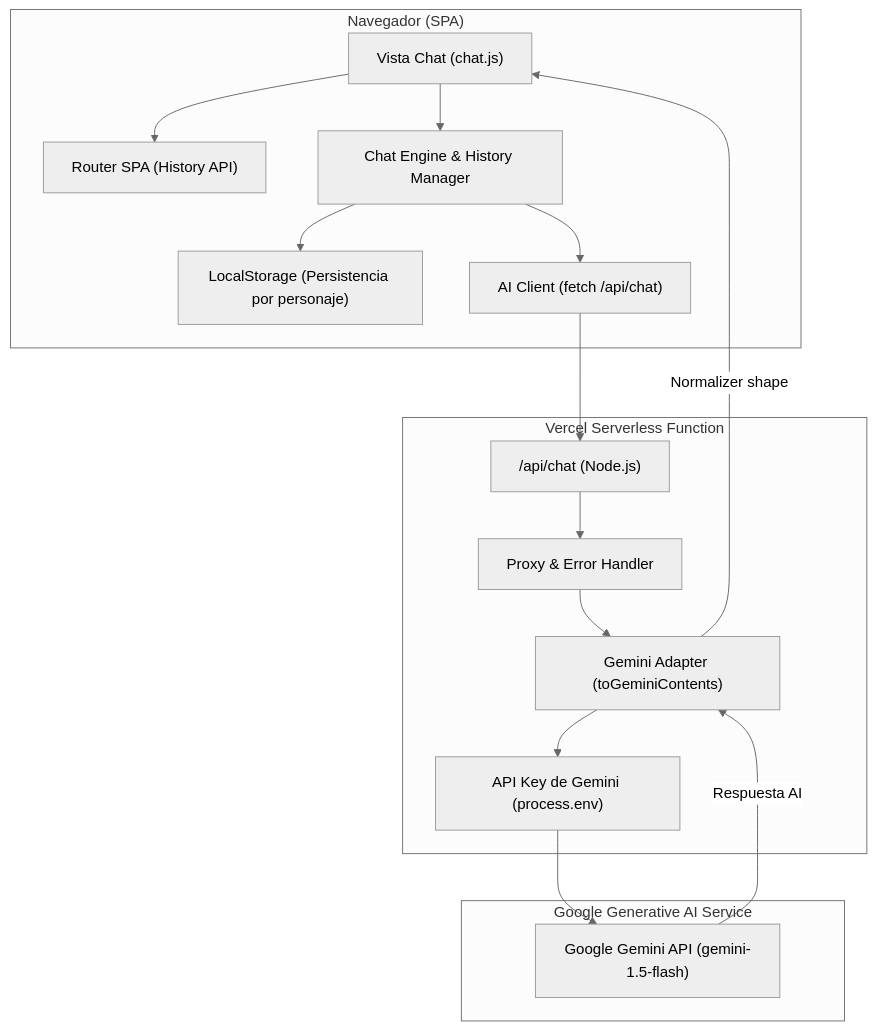
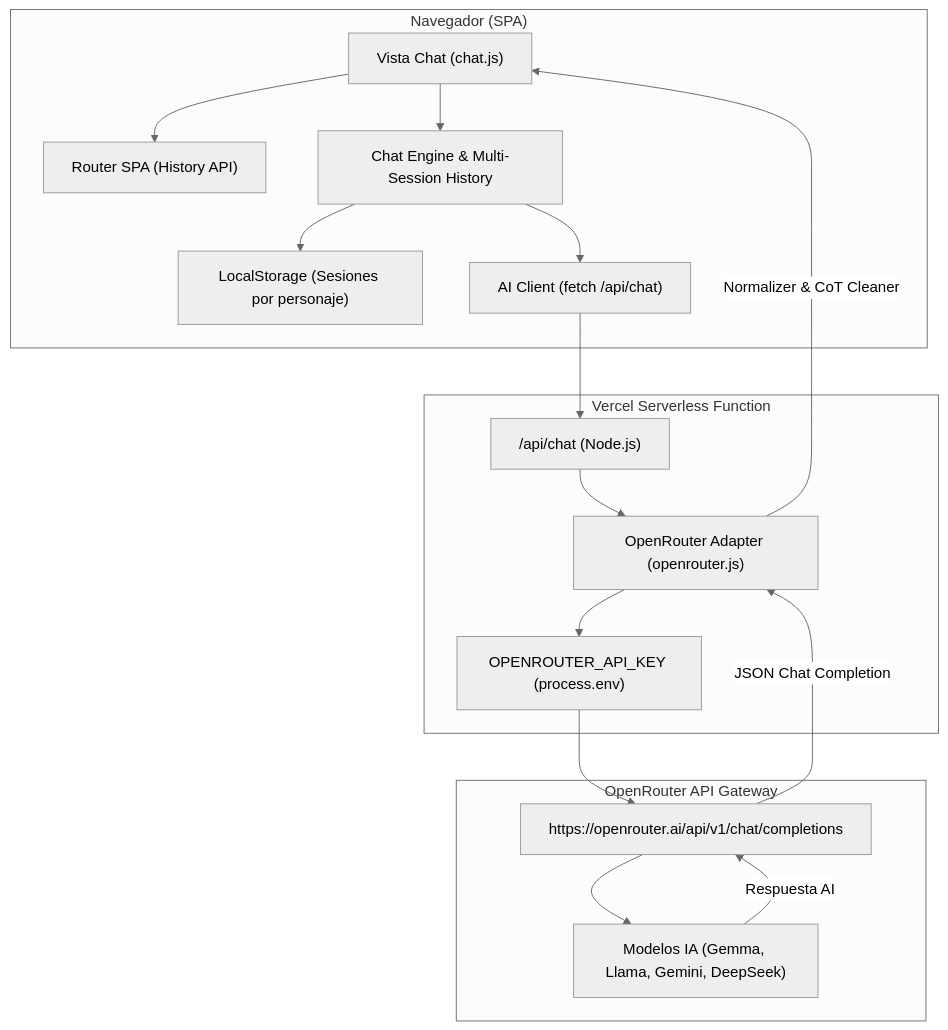
One commit to Stivenzbl/ProyectoM3-StivenZabala changed the diagram in README.md. Above: the diagram before and after it, drawn with Mermaid (neutral theme). The commit also changed other lines of this file and 3 other files, not shown here.

Commit message:
docs & refactor: re-align entire project and documentation to OpenRouter API Gateway

````diff
--- a/README.md
+++ b/README.md
@@ -77,23 +81,24 @@
 ```mermaid
 flowchart TD
     subgraph Frontend["Navegador (SPA)"]
         UI["Vista Chat (chat.js)"] --> Router["Router SPA (History API)"]
-        UI --> Engine["Chat Engine & History Manager"]
-        Engine --> LocalStorage["LocalStorage (Persistencia por personaje)"]
+        UI --> Engine["Chat Engine & Multi-Session History"]
+        Engine --> LocalStorage["LocalStorage (Sesiones por personaje)"]
         Engine --> Client["AI Client (fetch /api/chat)"]
     end
 
     subgraph Backend["Vercel Serverless Function"]
         Client --> API["/api/chat (Node.js)"]
-        API --> Proxy["Proxy & Error Handler"]
-        Proxy --> Adapter["Gemini Adapter (toGeminiContents)"]
-        Adapter --> Secret["API Key de Gemini (process.env)"]
+        API --> OpenRouterAdapter["OpenRouter Adapter (openrouter.js)"]
+        OpenRouterAdapter --> Secret["OPENROUTER_API_KEY (process.env)"]
     end
 
-    subgraph External["Google Generative AI Service"]
-        Secret --> Gemini["Google Gemini API (gemini-1.5-flash)"]
+    subgraph External["OpenRouter API Gateway"]
+        Secret --> ORGateway["https://openrouter.ai/api/v1/chat/completions"]
+        ORGateway --> Models["Modelos IA (Gemma, Llama, Gemini, DeepSeek)"]
     end
 
-    Gemini -->|Respuesta AI| Adapter
-    Adapter -->|Normalizer shape| UI
+    Models -->|Respuesta AI| ORGateway
+    ORGateway -->|JSON Chat Completion| OpenRouterAdapter
+    OpenRouterAdapter -->|Normalizer & CoT Cleaner| UI
 ```
````
